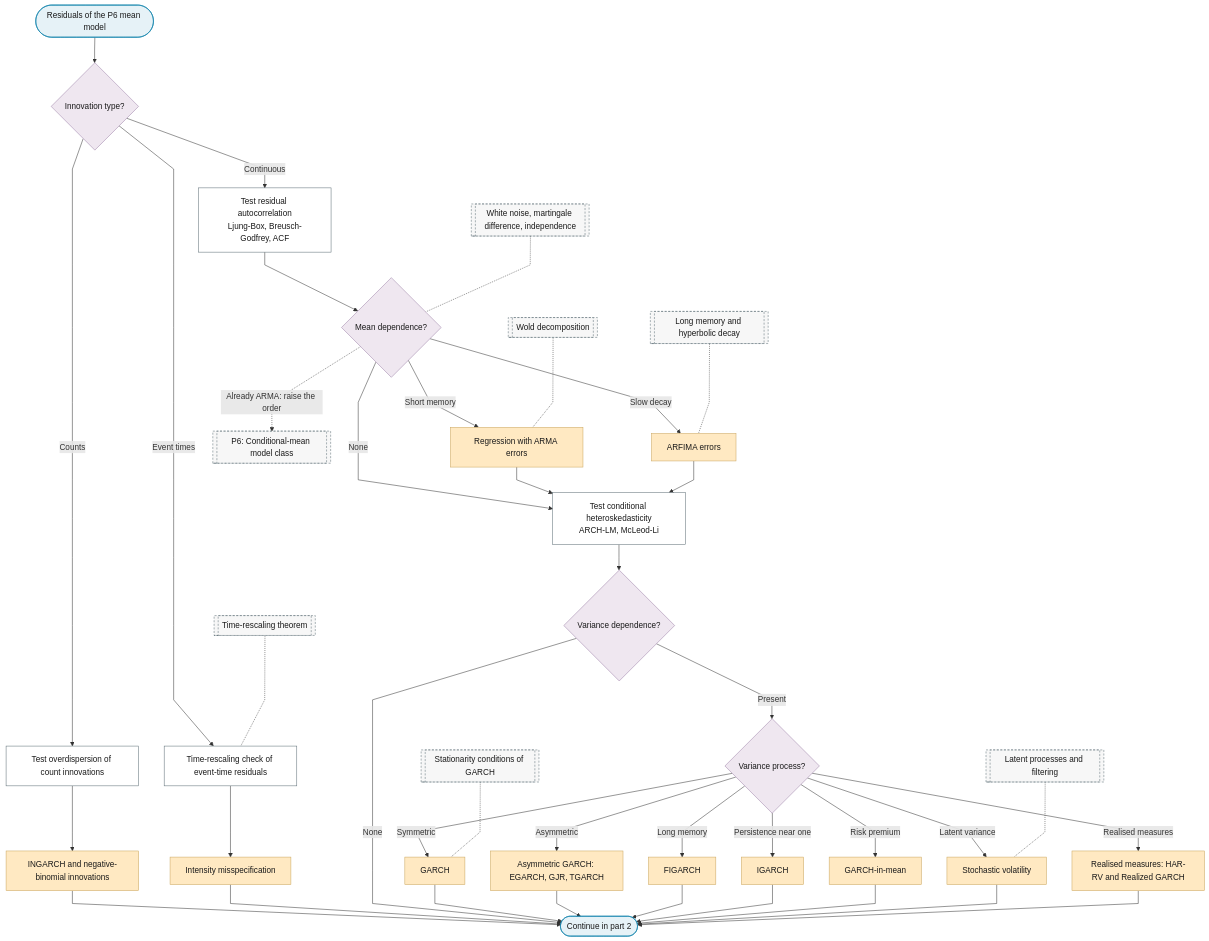
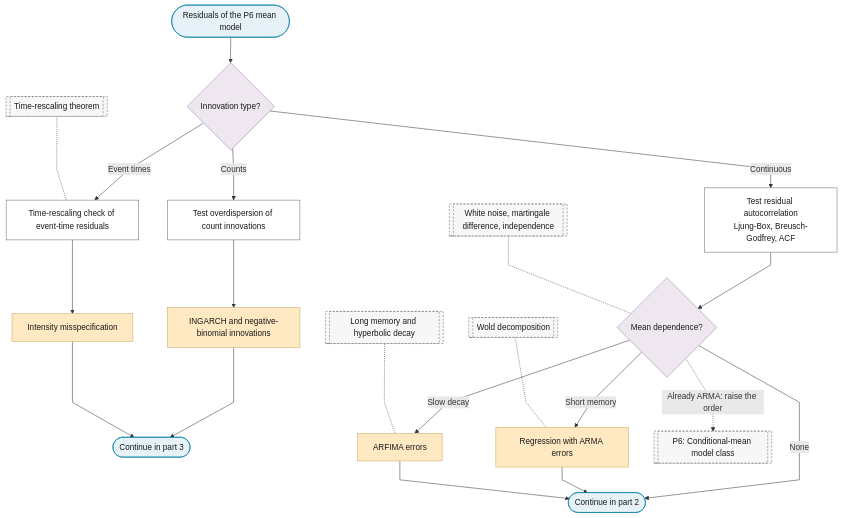
The first of 3 diagrams in docs/01-workflow/p07-error-process.md (Shuxin-Y/time-series-analysis-manual), drawn with Mermaid before and after one commit. The commit also changed other lines of this file and 1 other file, not shown here.

First line of the commit message:
docs(design-system): width rule for diagrams; P7 split into three parts to meet it

````diff
--- a/docs/01-workflow/p07-error-process.md
+++ b/docs/01-workflow/p07-error-process.md
@@ -13,48 +13,34 @@
 ```mermaid
 %%{init: {"flowchart": {"curve": "linear"}}}%%
 graph TD
     P7_IN(["Residuals of the P6 mean model"]) --> P7_TYPE{"Innovation type?"}
     P7_TYPE -->|"Continuous"| P7_MEAN_TESTS["Test residual autocorrelation<br/>Ljung-Box, Breusch-Godfrey, ACF"]
     P7_TYPE -->|"Counts"| P7_COUNT_TESTS["Test overdispersion of count innovations"]
     P7_TYPE -->|"Event times"| P7_RESCALING["Time-rescaling check of event-time residuals"]
     P7_COUNT_TESTS --> P7_INGARCH["INGARCH and negative-binomial innovations"]
     P7_RESCALING --> P7_INTENSITY["Intensity misspecification"]
-    P7_INGARCH & P7_INTENSITY --> P7_TO_PART_2
+    P7_INGARCH & P7_INTENSITY --> P7_COUNTS_TO_PART_3(["Continue in part 3"])
     P7_MEAN_TESTS --> P7_MEAN_DEP{"Mean dependence?"}
-    P7_MEAN_DEP -->|"None"| P7_VAR_TESTS
+    P7_MEAN_DEP -->|"None"| P7_TO_PART_2
     P7_MEAN_DEP -->|"Short memory"| P7_ARMA_ERRORS["Regression with ARMA errors"]
     P7_MEAN_DEP -->|"Slow decay"| P7_ARFIMA_ERRORS["ARFIMA errors"]
     P7_MEAN_DEP -.->|"Already ARMA: raise the order"| P6[["P6: Conditional-mean model class"]]
-    P7_ARMA_ERRORS & P7_ARFIMA_ERRORS --> P7_VAR_TESTS["Test conditional heteroskedasticity<br/>ARCH-LM, McLeod-Li"]
-    P7_VAR_TESTS --> P7_VAR_DEP{"Variance dependence?"}
-    P7_VAR_DEP -->|"None"| P7_TO_PART_2
-    P7_VAR_DEP -->|"Present"| P7_VAR_TYPE{"Variance process?"}
-    P7_VAR_TYPE -->|"Symmetric"| P7_GARCH["GARCH"]
-    P7_VAR_TYPE -->|"Asymmetric"| P7_ASYM_GARCH["Asymmetric GARCH: EGARCH, GJR, TGARCH"]
-    P7_VAR_TYPE -->|"Long memory"| P7_FIGARCH["FIGARCH"]
-    P7_VAR_TYPE -->|"Persistence near one"| P7_IGARCH["IGARCH"]
-    P7_VAR_TYPE -->|"Risk premium"| P7_GARCH_M["GARCH-in-mean"]
-    P7_VAR_TYPE -->|"Latent variance"| P7_SV["Stochastic volatility"]
-    P7_VAR_TYPE -->|"Realised measures"| P7_REALIZED["Realised measures: HAR-RV and Realized GARCH"]
-    P7_GARCH & P7_ASYM_GARCH & P7_FIGARCH & P7_IGARCH --> P7_TO_PART_2
-    P7_GARCH_M & P7_SV & P7_REALIZED --> P7_TO_PART_2(["Continue in part 2"])
+    P7_ARMA_ERRORS & P7_ARFIMA_ERRORS --> P7_TO_PART_2(["Continue in part 2"])
     F_WHITE_NOISE[["White noise, martingale difference, independence"]] -.- P7_MEAN_DEP
     F_WOLD[["Wold decomposition"]] -.- P7_ARMA_ERRORS
     F_LONG_MEMORY[["Long memory and hyperbolic decay"]] -.- P7_ARFIMA_ERRORS
-    F_GARCH_STATIONARITY[["Stationarity conditions of GARCH"]] -.- P7_GARCH
-    F_LATENT_FILTERING[["Latent processes and filtering"]] -.- P7_SV
     F_TIME_RESCALING[["Time-rescaling theorem"]] -.- P7_RESCALING
-    class P7_IN,P7_TO_PART_2 terminator
-    class P7_TYPE,P7_MEAN_DEP,P7_VAR_DEP,P7_VAR_TYPE decision
-    class P7_MEAN_TESTS,P7_VAR_TESTS,P7_COUNT_TESTS,P7_RESCALING process
-    class P7_ARMA_ERRORS,P7_ARFIMA_ERRORS,P7_GARCH,P7_ASYM_GARCH,P7_FIGARCH,P7_IGARCH,P7_GARCH_M,P7_SV,P7_REALIZED,P7_INGARCH,P7_INTENSITY escalate
-    class P6,F_WHITE_NOISE,F_WOLD,F_LONG_MEMORY,F_GARCH_STATIONARITY,F_LATENT_FILTERING,F_TIME_RESCALING ref
+    class P7_IN,P7_TO_PART_2,P7_COUNTS_TO_PART_3 terminator
+    class P7_TYPE,P7_MEAN_DEP decision
+    class P7_MEAN_TESTS,P7_COUNT_TESTS,P7_RESCALING process
+    class P7_ARMA_ERRORS,P7_ARFIMA_ERRORS,P7_INGARCH,P7_INTENSITY escalate
+    class P6,F_WHITE_NOISE,F_WOLD,F_LONG_MEMORY,F_TIME_RESCALING ref
     classDef terminator fill:#E6F2F7,stroke:#007BA7,color:#1A1A1A;
     classDef process fill:#FFFFFF,stroke:#5A6B73,color:#1A1A1A;
     classDef decision fill:#EFE7F0,stroke:#9B7FA7,color:#1A1A1A;
     classDef data fill:#FFF4E0,stroke:#C9A55E,color:#1A1A1A;
     classDef good fill:#DCEFD8,stroke:#4A7A3F,color:#1A1A1A;
     classDef escalate fill:#FFE9C2,stroke:#C9A55E,color:#1A1A1A;
     classDef problem fill:#F2D9DE,stroke:#800020,color:#1A1A1A;
     classDef ref fill:#F7F7F7,stroke:#5A6B73,color:#1A1A1A,stroke-dasharray:4 3;
 ```
````
